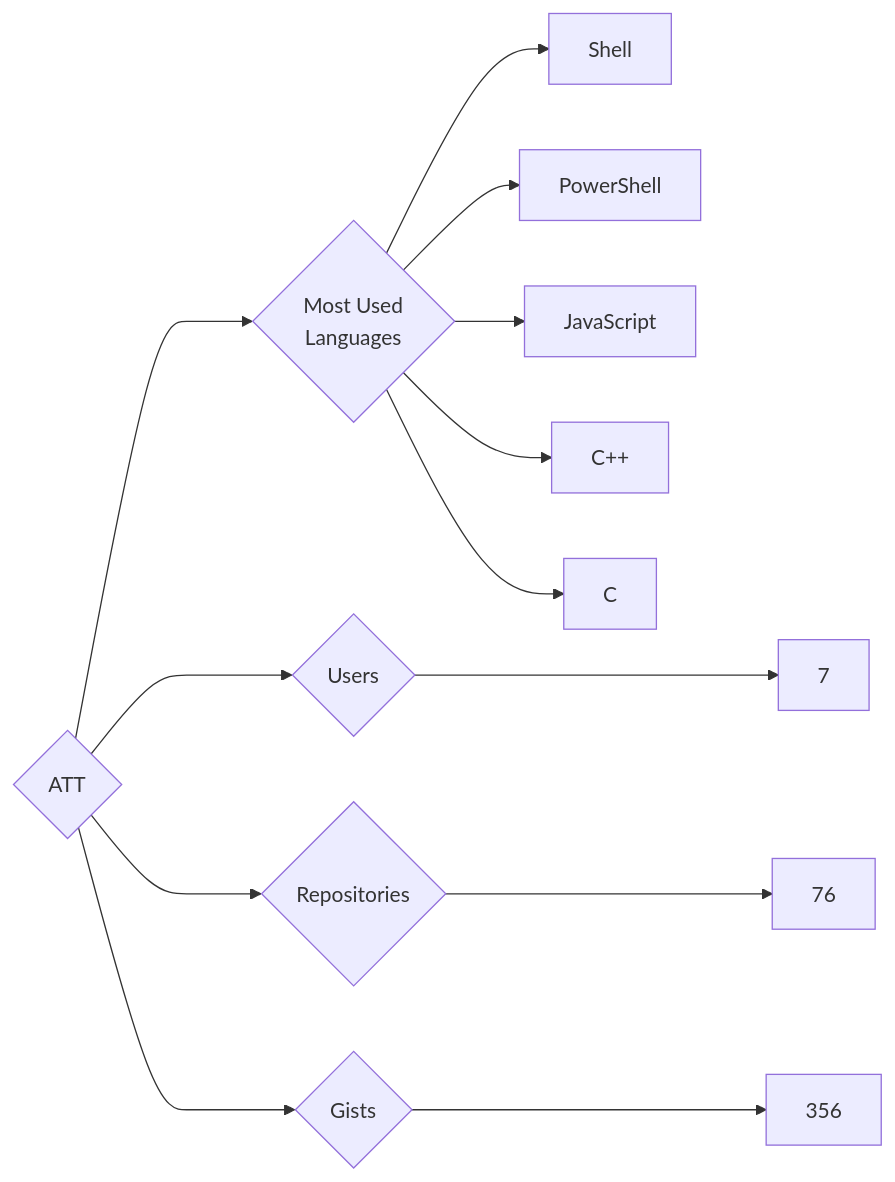
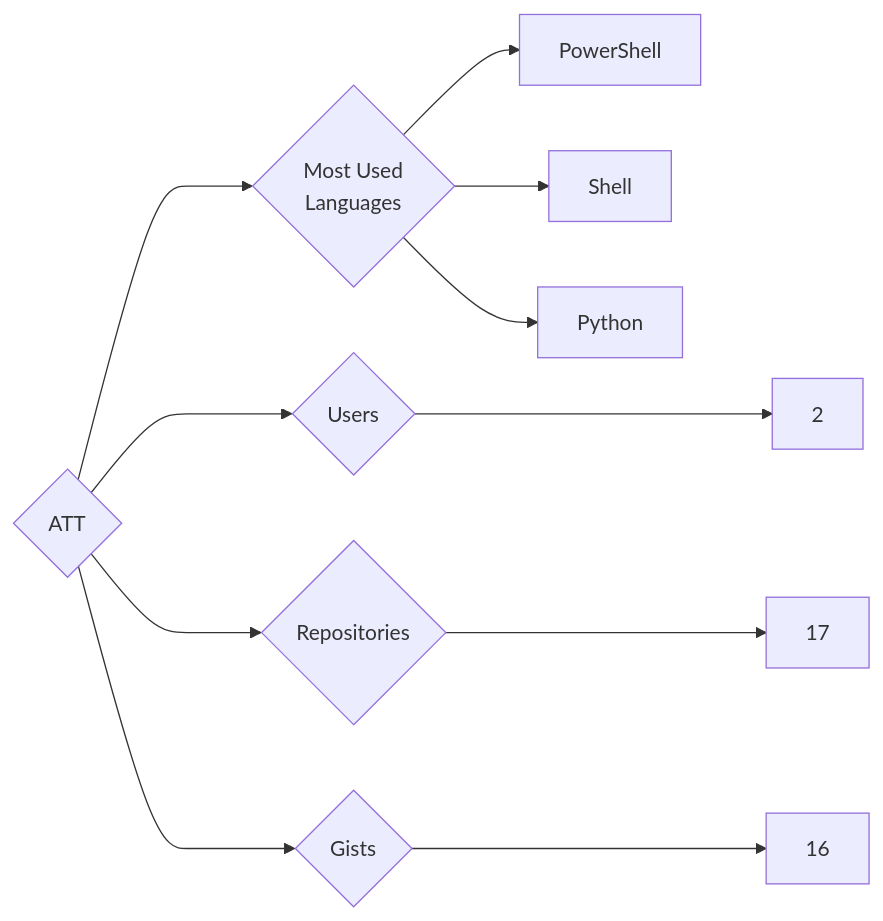
Before and after one commit to trickest/insiders: the diagram in targets/ATT/README.md, drawn with Mermaid. The commit also changed 934 other files, not shown here.

````diff
--- a/targets/ATT/README.md
+++ b/targets/ATT/README.md
@@ -3,13 +3,11 @@
 ```mermaid
 graph LR
 COMPANY_NAME{ATT}
-COMPANY_NAME ---> U{Users} ---> UN[7]
-COMPANY_NAME ---> R{Repositories} ---> RN[76]
-COMPANY_NAME ---> G{Gists} ---> GN[356]
+COMPANY_NAME ---> U{Users} ---> UN[2]
+COMPANY_NAME ---> R{Repositories} ---> RN[17]
+COMPANY_NAME ---> G{Gists} ---> GN[16]
 COMPANY_NAME ---> ML{Most Used<br>Languages}
+ML --> PowerShell[PowerShell]
 ML --> Shell[Shell]
-ML --> PowerShell[PowerShell]
-ML --> JavaScript[JavaScript]
-ML --> C++[C++]
-ML --> C[C]
+ML --> Python[Python]
 ```
````
